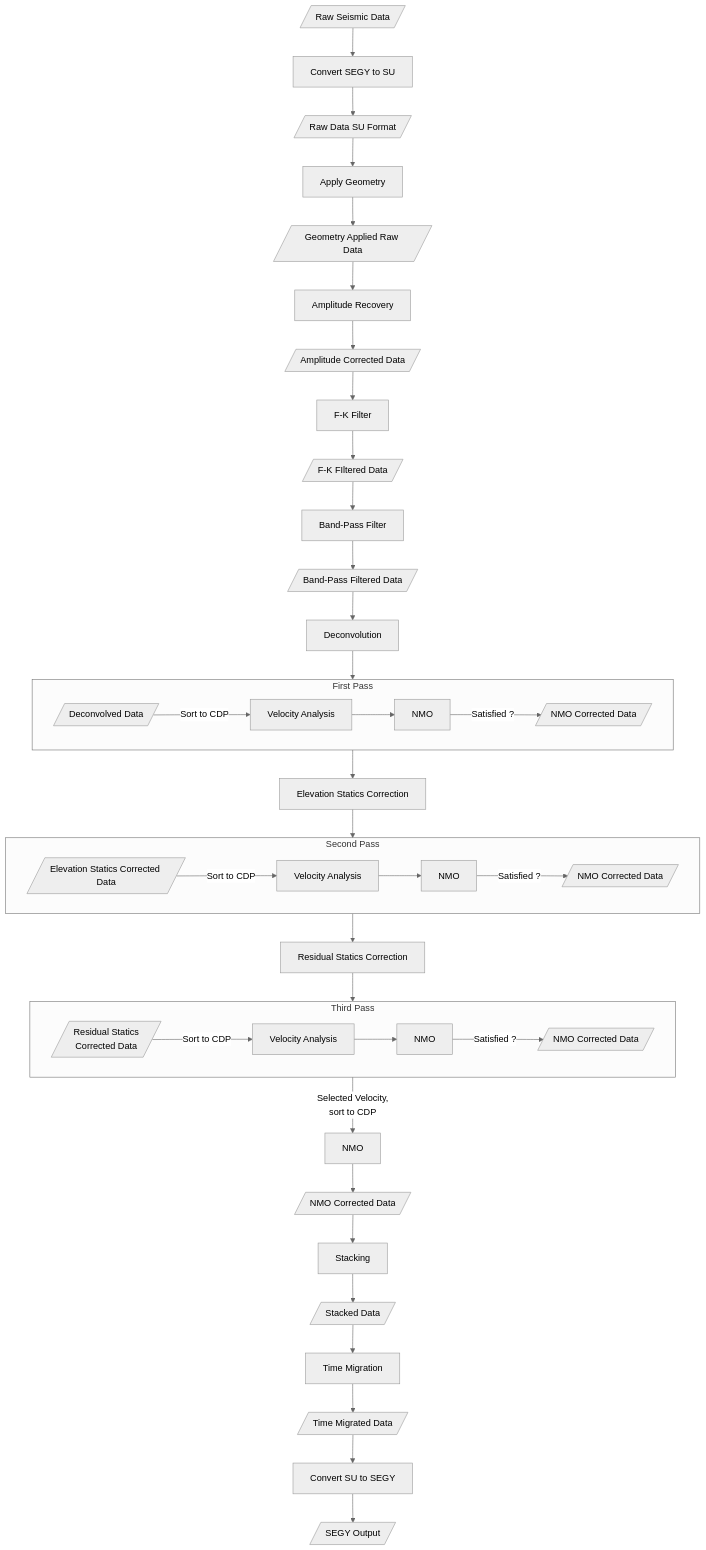
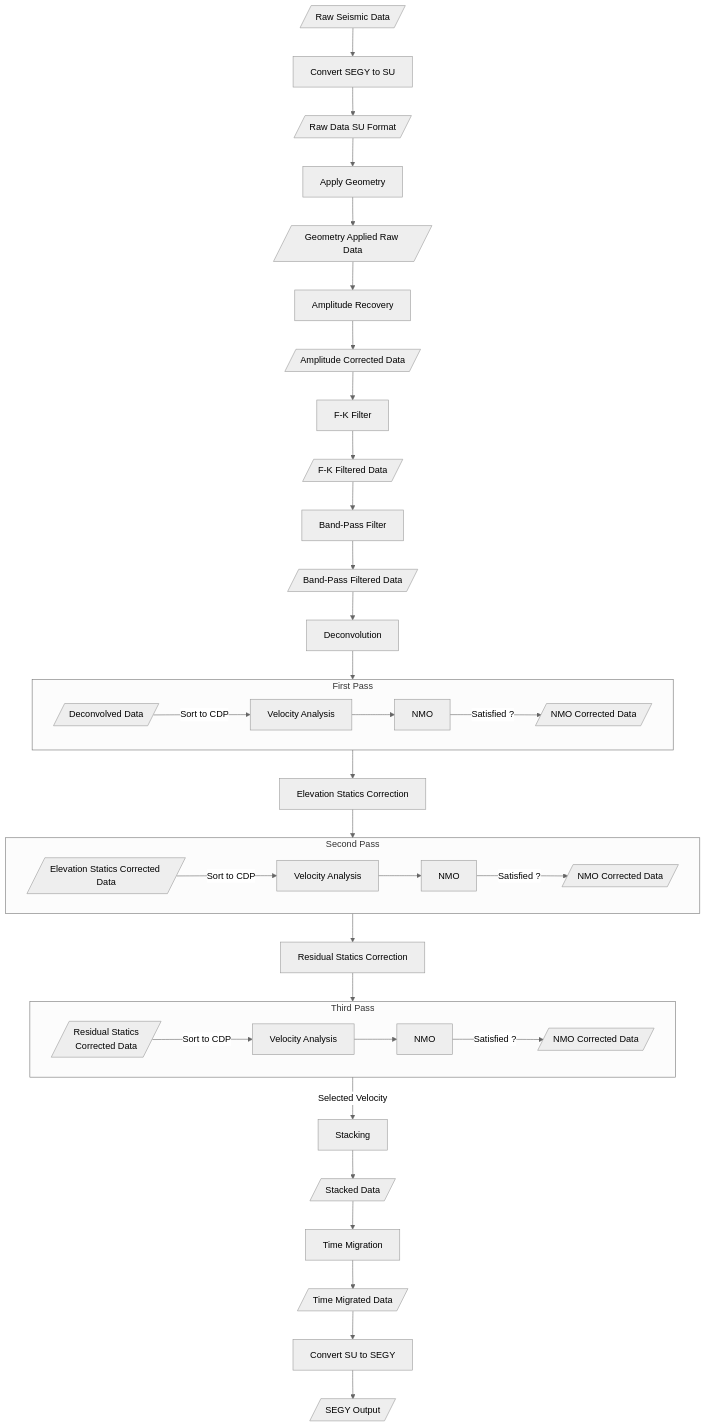
The diagram in README.md (vandanue/ADG-1), drawn with Mermaid (neutral theme) before and after one commit.

Commit message:
Update flowchart

````diff
--- a/README.md
+++ b/README.md
@@ -6,48 +6,46 @@
 ```mermaid
 flowchart TD
     A[/Raw Seismic Data/] --> B[Convert SEGY to SU]
     B --> C[/Raw Data SU Format/]
     C --> D[Apply Geometry]
     D --> E[/Geometry Applied Raw Data/]
     E --> F[Amplitude Recovery]
     F --> G[/Amplitude Corrected Data/]
     G --> H[F-K Filter]
-    H --> I[/F-K FIltered Data/]
+    H --> I[/F-K Filtered Data/]
     I --> J[Band-Pass Filter]
     J --> K[/Band-Pass Filtered Data/]
     K --> L[Deconvolution]
     L --> M[/Deconvolved Data/]
     subgraph First Pass
     direction LR
         M --> |Sort to CDP| Z1[Velocity Analysis]
         Z1 --> Z2[NMO]
         Z2 --> |Satisfied ?| Z3[/NMO Corrected Data/]
     end
 
     M --> N[Elevation Statics Correction]
     N --> O[/Elevation Statics Corrected Data/] 
     subgraph Second Pass
     direction LR
         O --> |Sort to CDP| Z4[Velocity Analysis]
         Z4 --> Z5[NMO]
         Z5 --> |Satisfied ?| Z6[/NMO Corrected Data/]
     end
 
     O --> P[Residual Statics Correction]
     P --> Q[/Residual Statics <br/> Corrected Data/]
     subgraph Third Pass
     direction LR
         Q --> |Sort to CDP| Z7[Velocity Analysis]
         Z7 --> Z8[NMO]
         Z8 --> |Satisfied ?| Z9[/NMO Corrected Data/]
     end
 
-    Q --> |Selected Velocity, <br/> sort to CDP| R[NMO]
-    R --> S[/NMO Corrected Data/]
-    S --> T[Stacking]
+    Z9 --> |Selected Velocity| T[Stacking]
     T --> U[/Stacked Data/]
     U --> V[Time Migration]
     V --> W[/Time Migrated Data/]
     W --> X[Convert SU to SEGY]
     X --> Y[/SEGY Output/]
 ```
````
